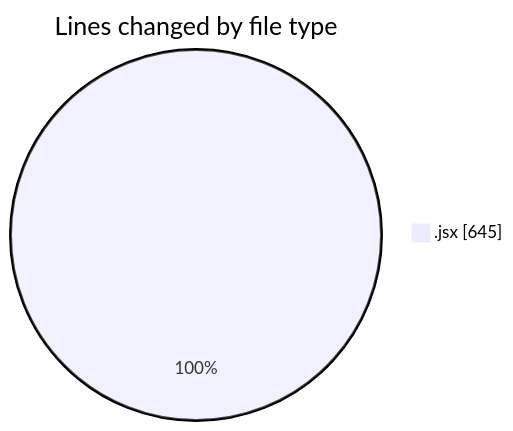
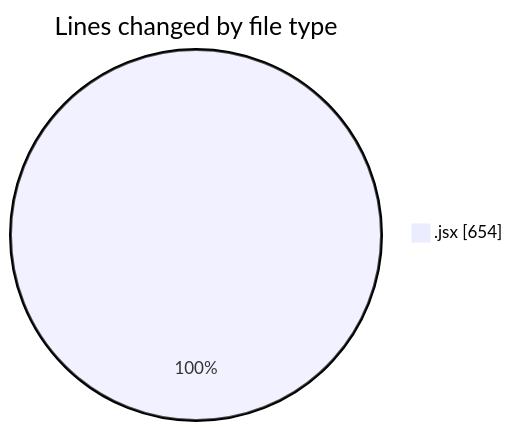
Before and after one commit to nxtqubesakshisongat/code-tracking: the first of 2 diagrams in 2026-01-16/nxtqube_webapp/README.md, drawn with Mermaid. The commit also changed other lines of this file and 1 other file, not shown here.

````diff
--- a/2026-01-16/nxtqube_webapp/README.md
+++ b/2026-01-16/nxtqube_webapp/README.md
@@ -20,5 +20,5 @@
 ```mermaid
 pie showData
 title Lines changed by file type
-".jsx" : 645
+".jsx" : 654
 ```
````
